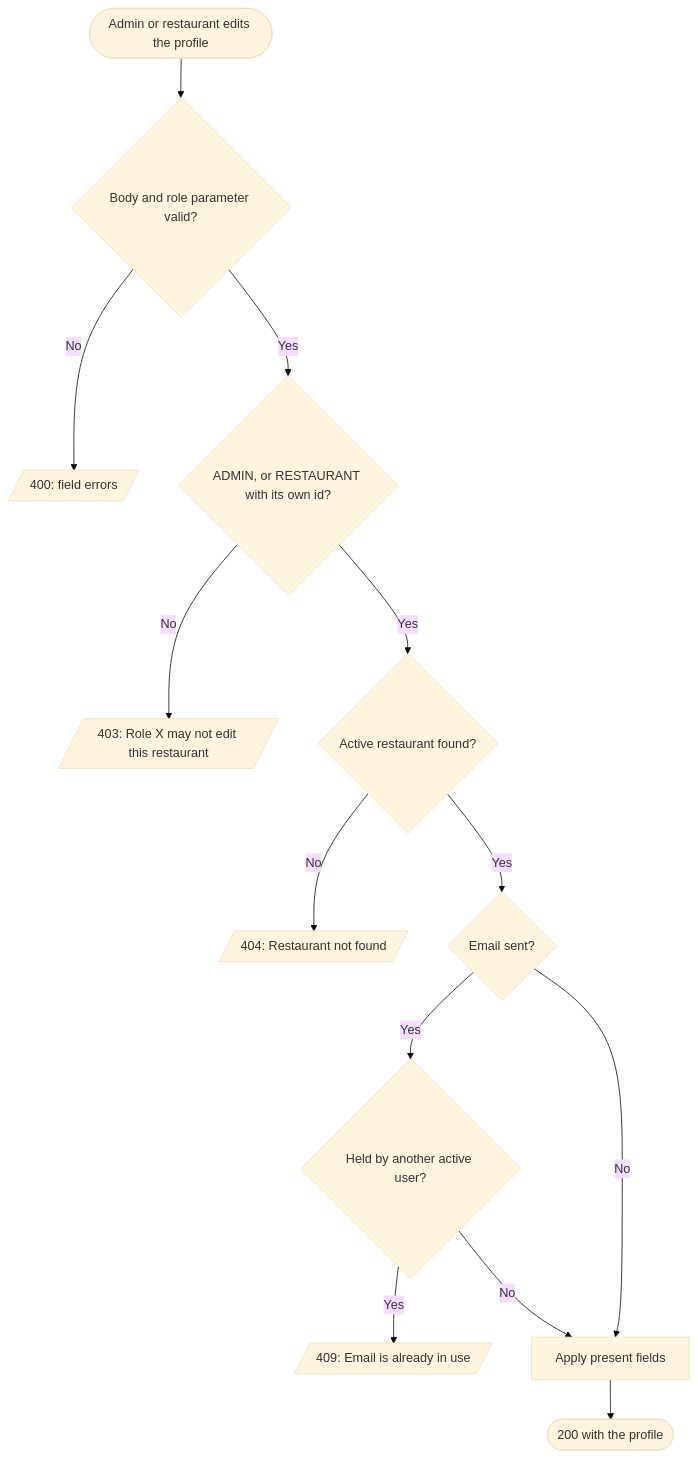
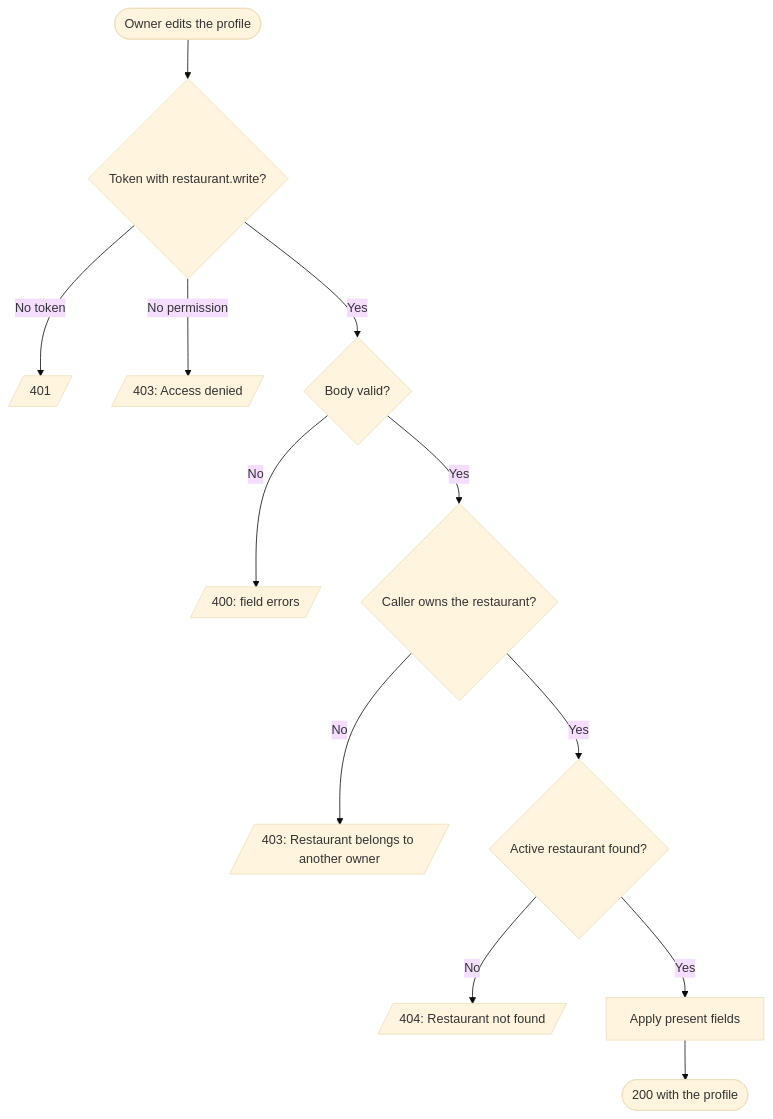
Before and after one commit to msmohammed0077-cmd/mentorship-restaurant: the first of 2 diagrams in restaurant/.docs/use-cases/restaurant-management/update-restaurant/update-restaurant.md, drawn with Mermaid (base theme). The commit also changed other lines of this file and 27 other files, not shown here.

````diff
--- a/restaurant/.docs/use-cases/restaurant-management/update-restaurant/update-restaurant.md
+++ b/restaurant/.docs/use-cases/restaurant-management/update-restaurant/update-restaurant.md
@@ -110,15 +110,14 @@
 ```mermaid
 flowchart TD
-    Start([Admin or restaurant edits the profile]) --> Valid{Body and role parameter valid?}
+    Start([Owner edits the profile]) --> Token{Token with restaurant.write?}
+    Token -- No token --> R401[/401/]
+    Token -- No permission --> R403P[/403: Access denied/]
+    Token -- Yes --> Valid{Body valid?}
     Valid -- No --> R400[/400: field errors/]
-    Valid -- Yes --> May{ADMIN, or RESTAURANT with its own id?}
-    May -- No --> R403[/403: Role X may not edit this restaurant/]
-    May -- Yes --> Found{Active restaurant found?}
+    Valid -- Yes --> Owns{Caller owns the restaurant?}
+    Owns -- No --> R403O[/403: Restaurant belongs to another owner/]
+    Owns -- Yes --> Found{Active restaurant found?}
     Found -- No --> R404[/404: Restaurant not found/]
-    Found -- Yes --> HasEmail{Email sent?}
-    HasEmail -- Yes --> Taken{Held by another active user?}
-    Taken -- Yes --> R409[/409: Email is already in use/]
-    Taken -- No --> Apply[Apply present fields]
-    HasEmail -- No --> Apply
+    Found -- Yes --> Apply[Apply present fields]
     Apply --> Done([200 with the profile])
 ```
````
